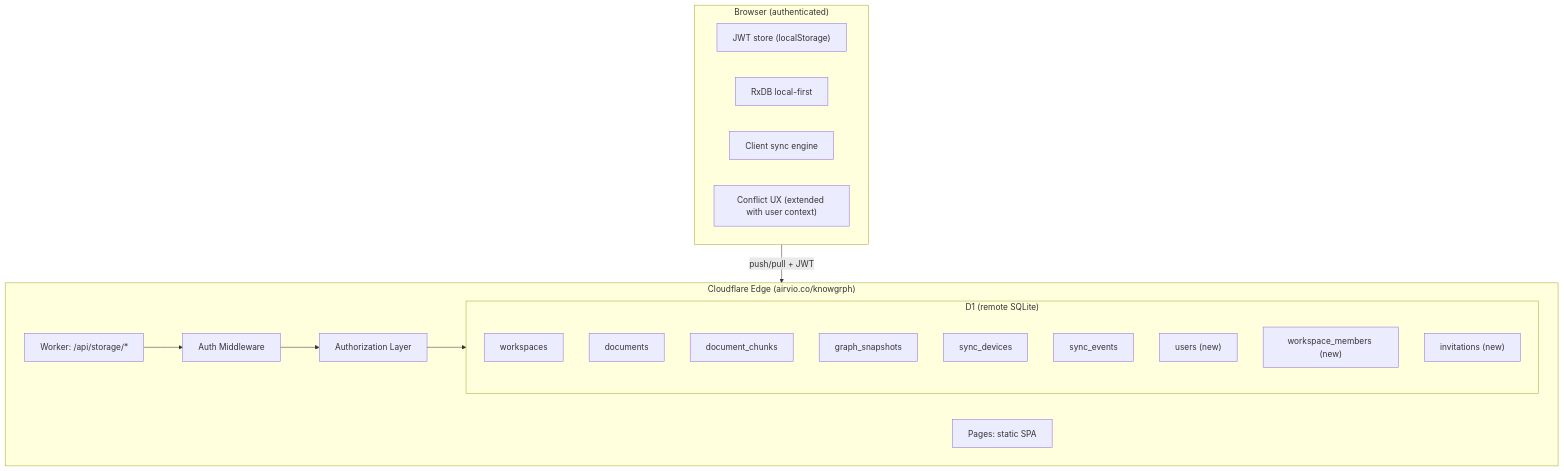
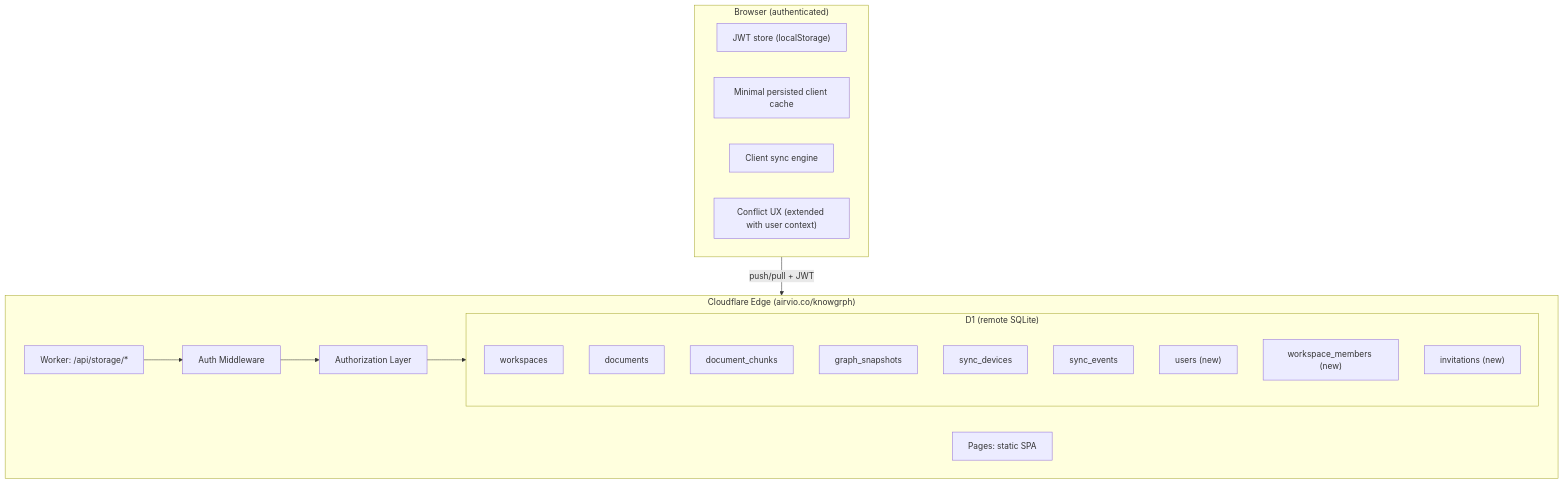
Before and after one commit to huijoohwee/knowgrph: the second of 2 diagrams in docs/documents/knowgrph-multi-user-collaboration-prd.tad.companion.md, drawn with Mermaid. The commit also changed other lines of this file and 107 other files, not shown here.

First line of the commit message:
refactor: replace RxDB with minimal persisted cache storage

````diff
--- a/docs/documents/knowgrph-multi-user-collaboration-prd.tad.companion.md
+++ b/docs/documents/knowgrph-multi-user-collaboration-prd.tad.companion.md
@@ -242,30 +242,30 @@
 ```mermaid
 flowchart TB
     subgraph Browser["Browser (authenticated)"]
         auth["JWT store (localStorage)"]
-        brxdb["RxDB local-first"]
+        bcache["Minimal persisted client cache"]
         bsync["Client sync engine"]
         bconflict["Conflict UX (extended with user context)"]
     end
 
     subgraph Edge["Cloudflare Edge (airvio.co/knowgrph)"]
         pages["Pages: static SPA"]
         worker["Worker: /api/storage/*"]
         authMw["Auth Middleware"]
         permCheck["Authorization Layer"]
         subgraph d1r["D1 (remote SQLite)"]
             r1["workspaces"]
             r2["documents"]
             r3["document_chunks"]
             r4["graph_snapshots"]
             r5["sync_devices"]
             r6["sync_events"]
             r7["users (new)"]
             r8["workspace_members (new)"]
             r9["invitations (new)"]
         end
     end
 
     Browser -->|"push/pull + JWT"| Edge
     worker --> authMw --> permCheck --> d1r
 ```
````
